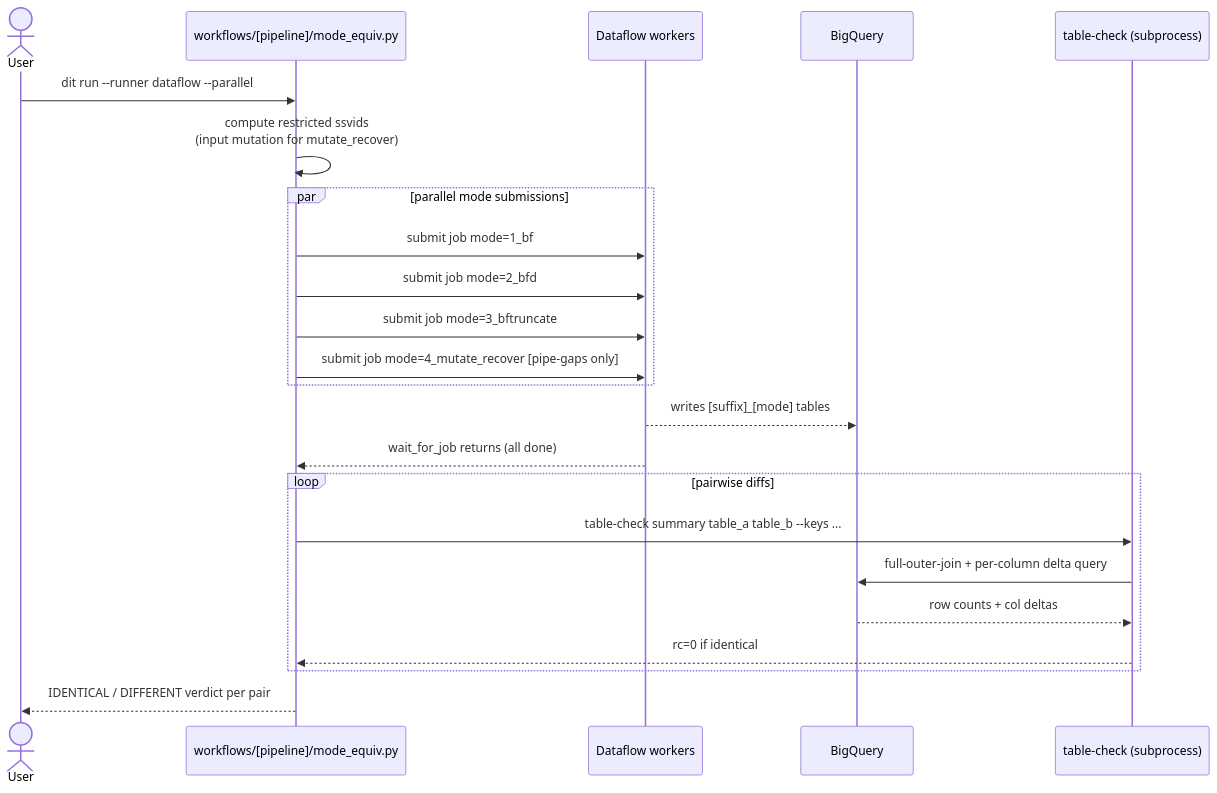
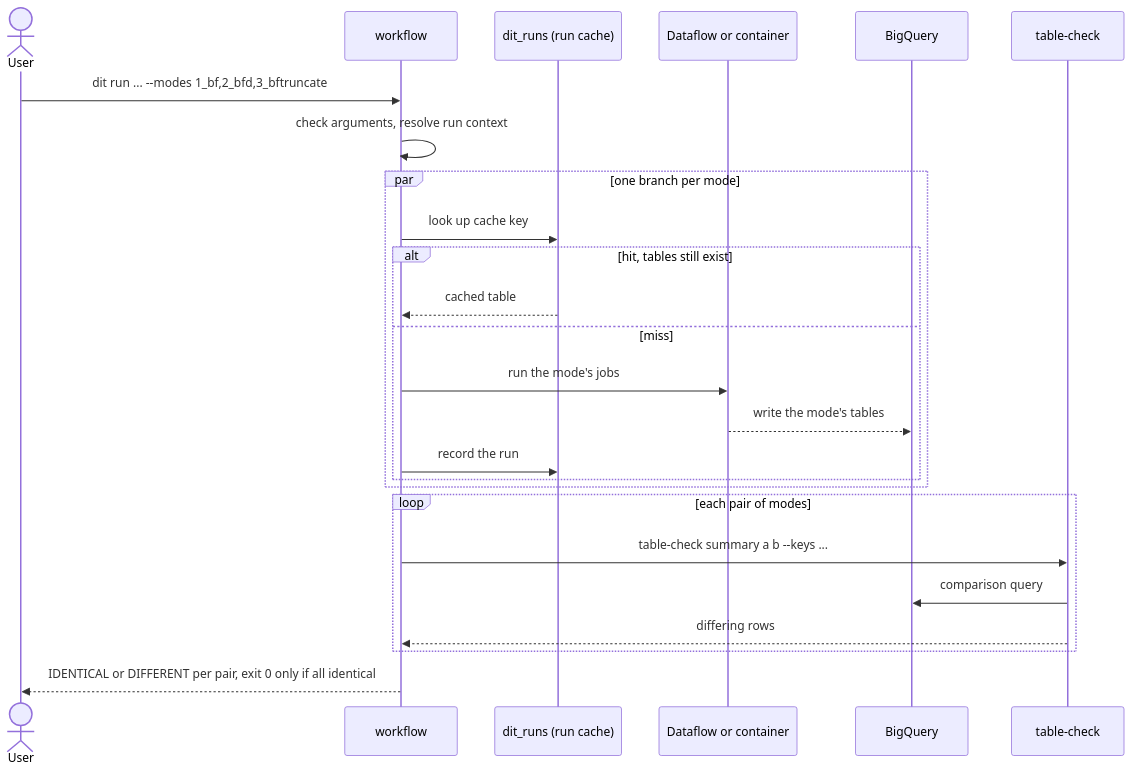
One commit to GlobalFishingWatch/data-integration-tests changed the third of 9 diagrams in docs/architecture.md. Above: the diagram before and after it, drawn with Mermaid. The commit also changed other lines of this file and 12 other files, not shown here.

First line of the commit message:
docs: explain DIT as a framework; README as a one-page overview and index (#105)

````diff
--- a/docs/architecture.md
+++ b/docs/architecture.md
@@ -103,26 +160,28 @@
 ```mermaid
 sequenceDiagram
     actor U as User
-    participant W as workflows/[pipeline]/mode_equiv.py
-    participant DF as Dataflow workers
+    participant W as workflow
+    participant C as dit_runs (run cache)
+    participant DF as Dataflow or container
     participant BQ as BigQuery
-    participant TIC as table-check (subprocess)
+    participant TIC as table-check
 
-    U->>W: dit run --runner dataflow --parallel
-    W->>W: compute restricted ssvids<br/>(input mutation for mutate_recover)
-    par parallel mode submissions
-        W->>DF: submit job mode=1_bf
-        W->>DF: submit job mode=2_bfd
-        W->>DF: submit job mode=3_bftruncate
-        W->>DF: submit job mode=4_mutate_recover [pipe-gaps only]
+    U->>W: dit run ... --modes 1_bf,2_bfd,3_bftruncate
+    W->>W: check arguments, resolve run context
+    par one branch per mode
+        W->>C: look up cache key
+        alt hit, tables still exist
+            C-->>W: cached table
+        else miss
+            W->>DF: run the mode's jobs
+            DF-->>BQ: write the mode's tables
+            W->>C: record the run
+        end
     end
-    DF-->>BQ: writes [suffix]_[mode] tables
-    DF-->>W: wait_for_job returns (all done)
-    loop pairwise diffs
-        W->>TIC: table-check summary table_a table_b --keys ...
-        TIC->>BQ: full-outer-join + per-column delta query
-        BQ-->>TIC: row counts + col deltas
-        TIC-->>W: rc=0 if identical
+    loop each pair of modes
+        W->>TIC: table-check summary a b --keys ...
+        TIC->>BQ: comparison query
+        TIC-->>W: differing rows
     end
-    W-->>U: IDENTICAL / DIFFERENT verdict per pair
+    W-->>U: IDENTICAL or DIFFERENT per pair, exit 0 only if all identical
 ```
````
